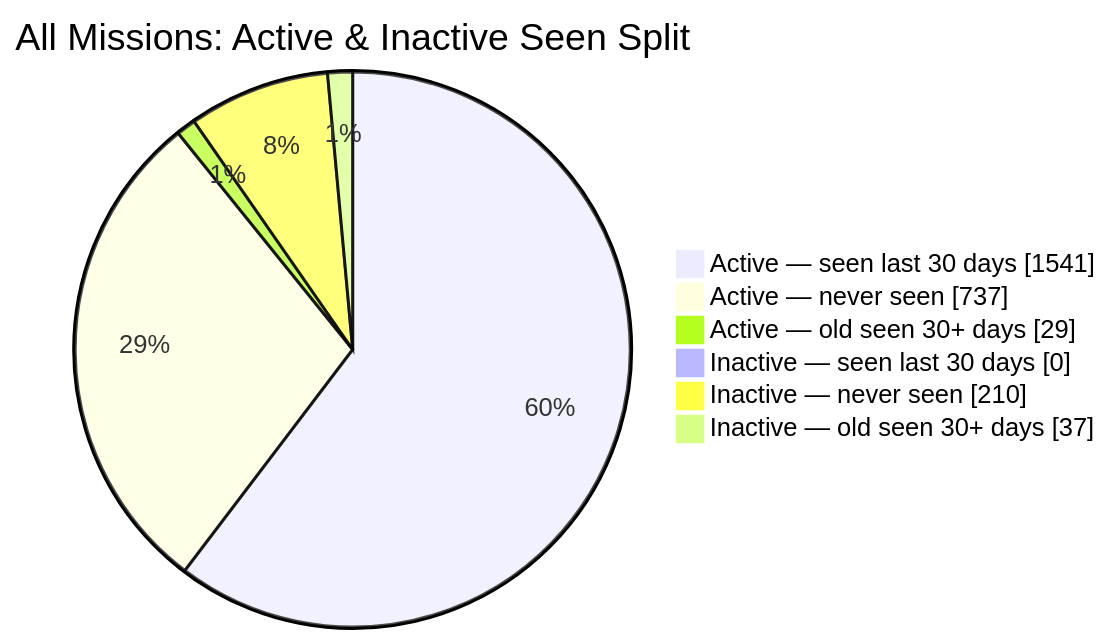
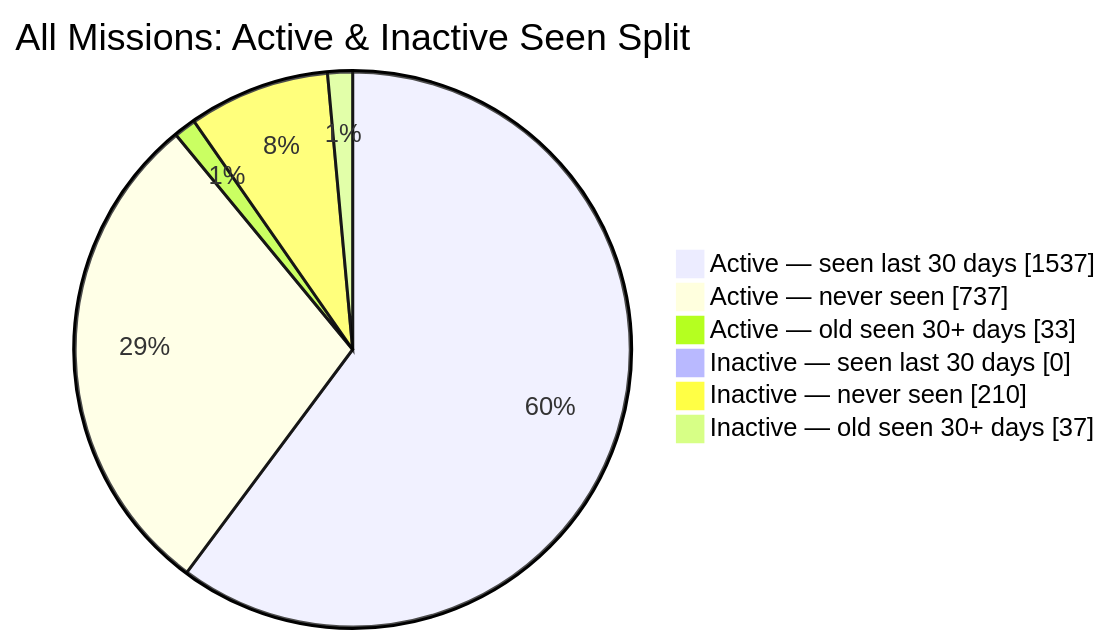
One commit to MeldkamerspelGameTeam/active-missions changed the second of 2 diagrams in README.md. Above: the diagram before and after it, drawn with Mermaid. The commit also changed other lines of this file and 2 other files, not shown here.

````diff
--- a/README.md
+++ b/README.md
@@ -44,10 +44,10 @@
 ```mermaid
 pie showData
     title All Missions: Active & Inactive Seen Split
-    "Active — seen last 30 days" : 1541
+    "Active — seen last 30 days" : 1537
     "Active — never seen" : 737
-    "Active — old seen 30+ days" : 29
+    "Active — old seen 30+ days" : 33
     "Inactive — seen last 30 days" : 0
     "Inactive — never seen" : 210
     "Inactive — old seen 30+ days" : 37
 ```
````
